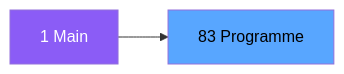
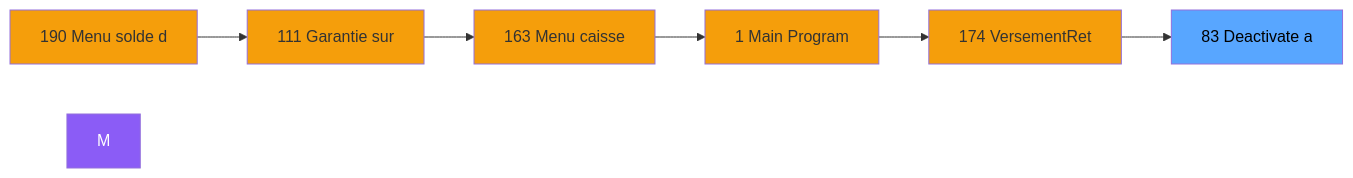
Before and after one commit to thonyAGP/magic-migration: the second of 3 diagrams in .openspec/specs/ADH-IDE-83.md, drawn with Mermaid. The commit also changed other lines of this file and 323 other files, not shown here.

````diff
--- a/.openspec/specs/ADH-IDE-83.md
+++ b/.openspec/specs/ADH-IDE-83.md
@@ -98,8 +112,21 @@
 ```mermaid
 graph LR
-    M[1 Main]
-    T[83 Programme]
-    M --> T
+    N190[190 Menu solde d]
+    N111[111 Garantie sur]
+    N163[163 Menu caisse ]
+    N1[1 Main Program]
+    N174[174 VersementRet]
+    T[83 Deactivate a]
+    N190 --> N111
+    N111 --> N163
+    N163 --> N1
+    N1 --> N174
+    N174 --> T
     style M fill:#8b5cf6,color:#fff
+    style N190 fill:#f59e0b
+    style N111 fill:#f59e0b
+    style N163 fill:#f59e0b
+    style N1 fill:#f59e0b
+    style N174 fill:#f59e0b
     style T fill:#58a6ff,color:#000
 ```
````
